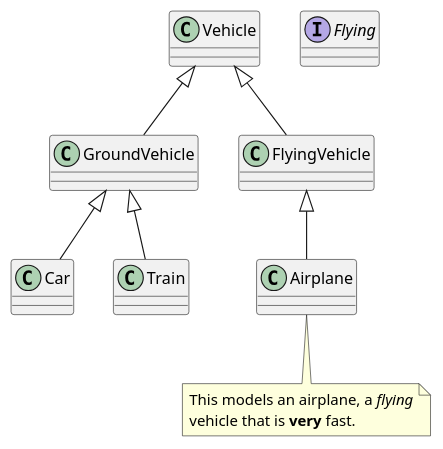
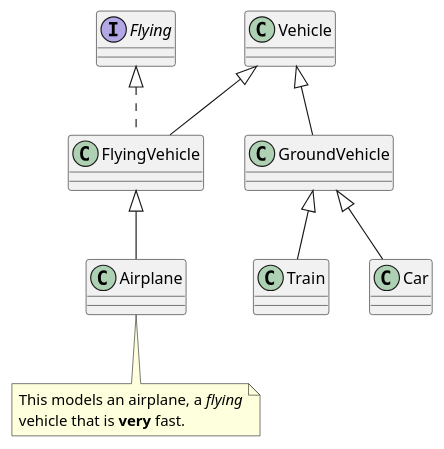
The diagram in package_class.puml (comsysto/livingdoc), drawn with PlantUML before and after one commit. The commit also changed 7 other files, not shown here.

```diff
--- a/package_class.puml
+++ b/package_class.puml
@@ -1,21 +1,28 @@
 @startuml
 
-class Vehicle
-class Car
-class GroundVehicle
+interface Flying
 class Airplane
 note bottom of Airplane
 This models an airplane, a //flying//
 vehicle that is **very** fast.
 end note
 
-interface Flying
+class GroundVehicle
+class Train
+class Vehicle
+class Car
 class FlyingVehicle
-class Train
 
-GroundVehicle <|-- Car
-Vehicle <|-- GroundVehicle
-FlyingVehicle <|-- Airplane
-Vehicle <|-- FlyingVehicle
-GroundVehicle <|-- Train
+
+    FlyingVehicle <|-- Airplane
+
+    Vehicle <|-- GroundVehicle
+
+    GroundVehicle <|-- Train
+
+    GroundVehicle <|-- Car
+
+    Vehicle <|-- FlyingVehicle
+
+    Flying <|.. FlyingVehicle
 @enduml
```
